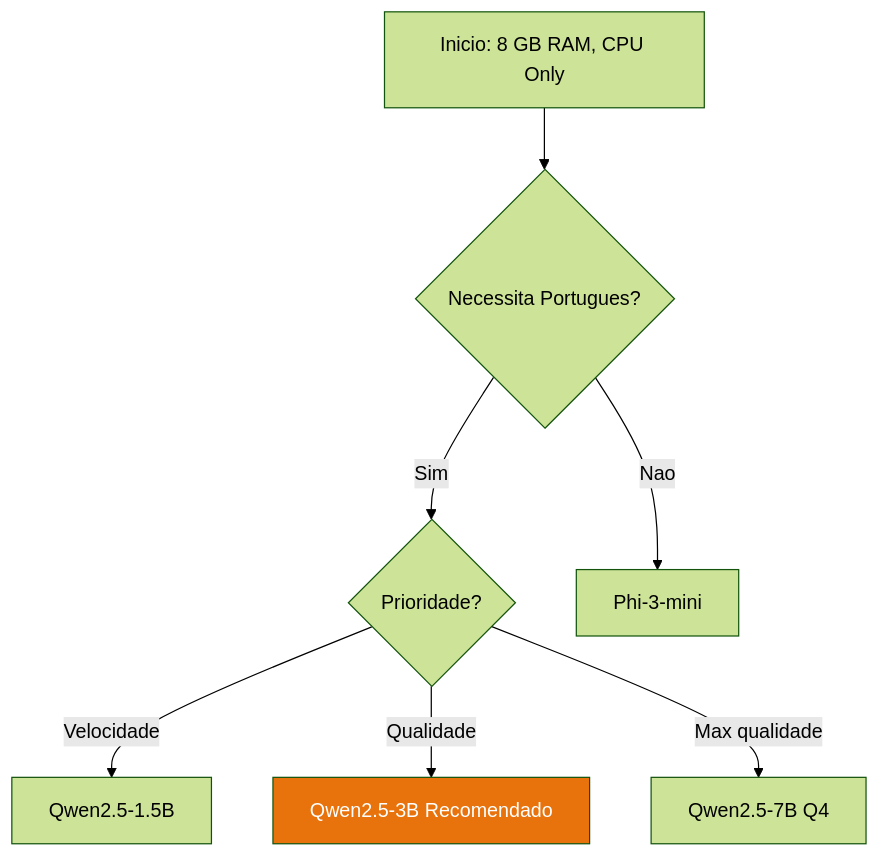
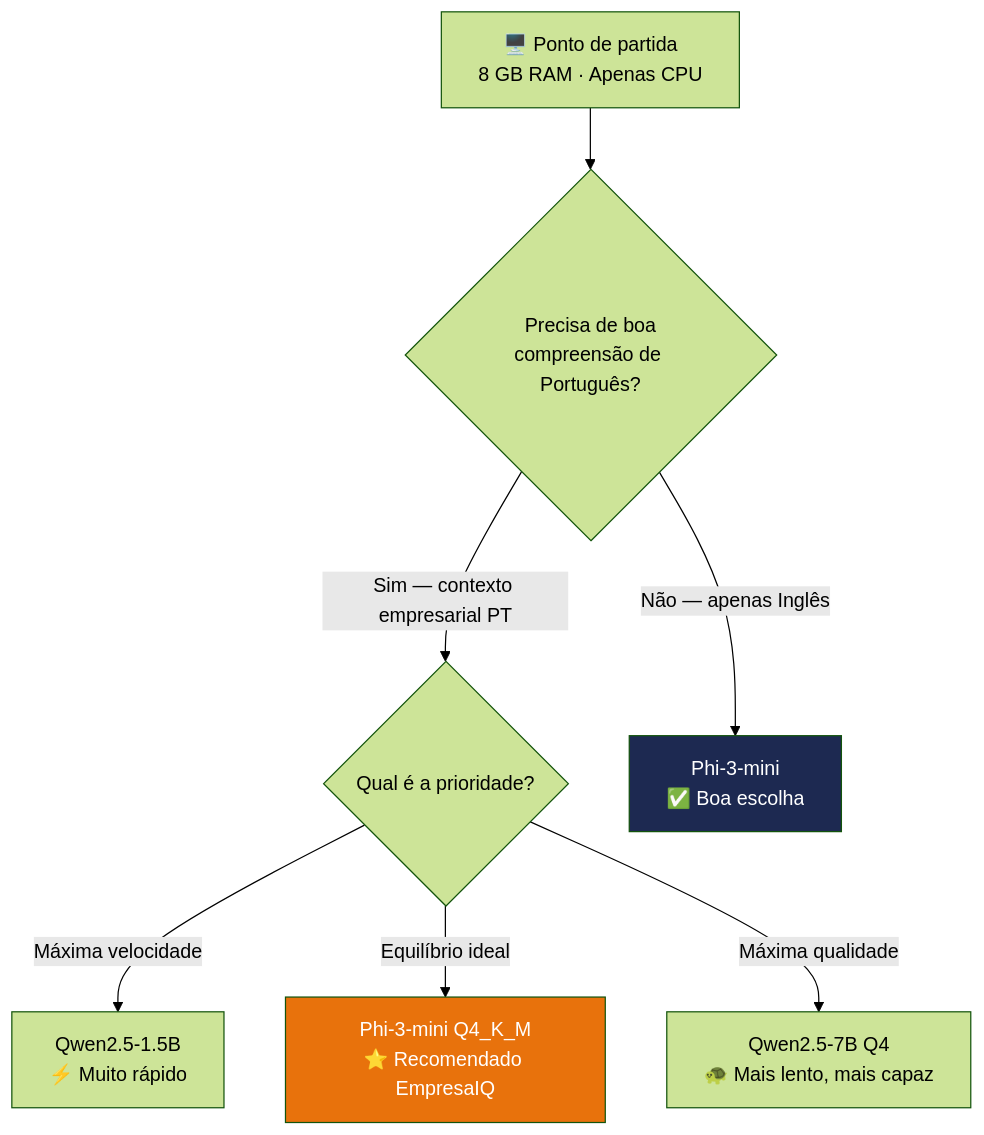
Before and after one commit to icpmtech/empresaiq-ebook: the diagram in docs/04-escolha-modelo.md, drawn with Mermaid (forest theme). The commit also changed other lines of this file and 24 other files, not shown here.

````diff
--- a/docs/04-escolha-modelo.md
+++ b/docs/04-escolha-modelo.md
@@ -9,10 +25,11 @@
 ```mermaid
 flowchart TD
-    A[Inicio: 8 GB RAM, CPU Only] --> B{Necessita Portugues?}
-    B -->|Sim| C{Prioridade?}
-    B -->|Nao| D[Phi-3-mini]
-    C -->|Velocidade| E[Qwen2.5-1.5B]
-    C -->|Qualidade| F[Qwen2.5-3B Recomendado]
-    C -->|Max qualidade| G[Qwen2.5-7B Q4]
+    A["🖥️ Ponto de partida\n8 GB RAM · Apenas CPU"] --> B{"Precisa de boa\ncompreensão de Português?"}
+    B -->|"Sim — contexto empresarial PT"| C{"Qual é a prioridade?"}
+    B -->|"Não — apenas Inglês"| D["Phi-3-mini\n✅ Boa escolha"]
+    C -->|"Máxima velocidade"| E["Qwen2.5-1.5B\n⚡ Muito rápido"]
+    C -->|"Equilíbrio ideal"| F["Phi-3-mini Q4_K_M\n⭐ Recomendado EmpresaIQ"]
+    C -->|"Máxima qualidade"| G["Qwen2.5-7B Q4\n🐢 Mais lento, mais capaz"]
     style F fill:#E8720C,color:#fff
+    style D fill:#1D2951,color:#fff
 ```
````
